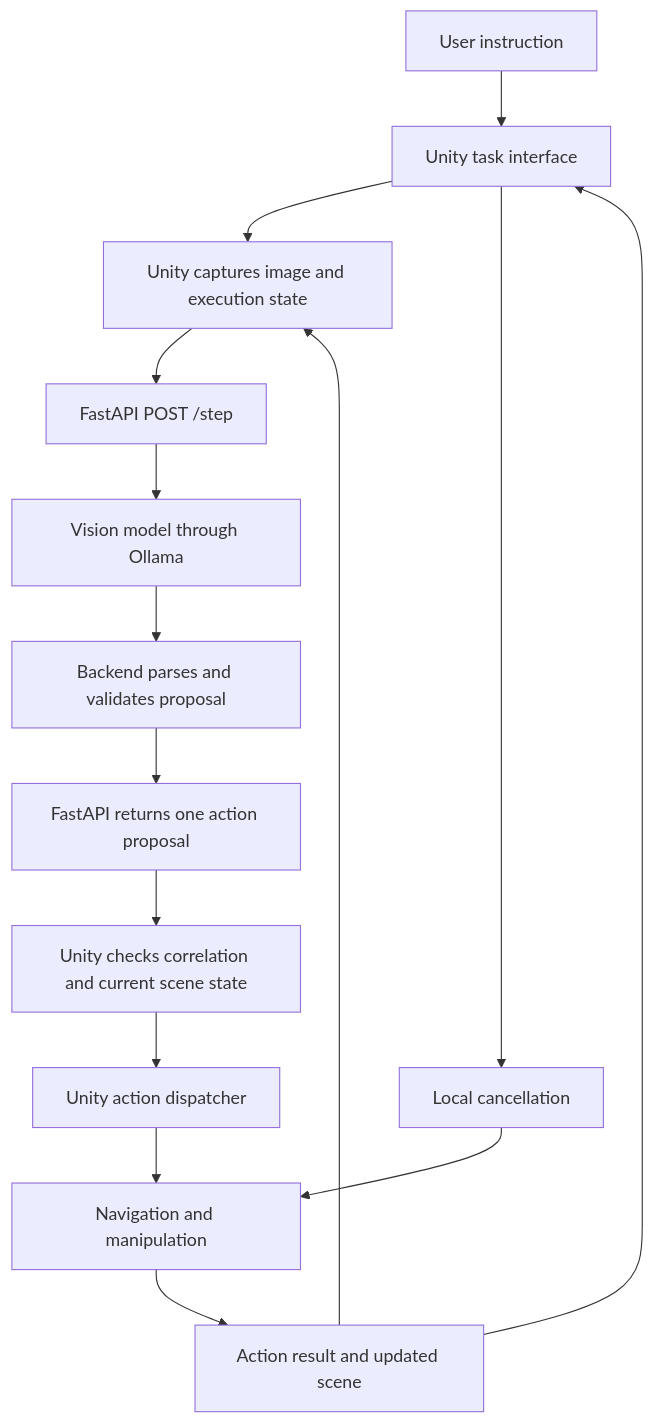
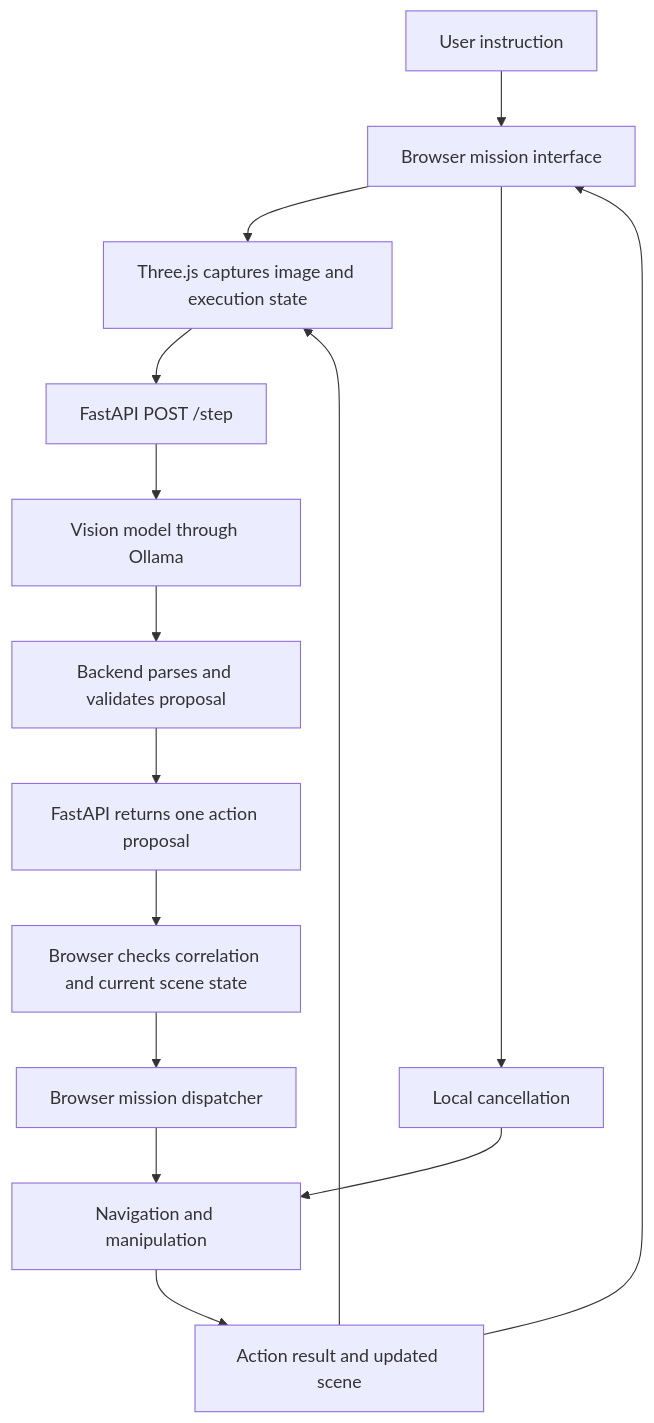
The diagram in PLAN.md (rituparnoc-web/da232o-assignment-2), drawn with Mermaid before and after one commit. The commit also changed other lines of this file and 18 other files, not shown here.

First line of the commit message:
Implement browser-based Three.js VLM habitat

````diff
--- a/PLAN.md
+++ b/PLAN.md
@@ -73,17 +74,17 @@
 ```mermaid
 flowchart TD
-    User[User instruction] --> UI[Unity task interface]
-    UI --> Capture[Unity captures image and execution state]
+  User[User instruction] --> UI[Browser mission interface]
+  UI --> Capture[Three.js captures image and execution state]
     Capture --> API[FastAPI POST /step]
     API --> Model[Vision model through Ollama]
     Model --> Validator[Backend parses and validates proposal]
     Validator --> Response[FastAPI returns one action proposal]
-    Response --> UnityCheck[Unity checks correlation and current scene state]
-    UnityCheck --> Dispatcher[Unity action dispatcher]
+    Response --> SceneCheck[Browser checks correlation and current scene state]
+    SceneCheck --> Dispatcher[Browser mission dispatcher]
     Dispatcher --> Controller[Navigation and manipulation]
     Controller --> Result[Action result and updated scene]
     Result --> UI
     Result --> Capture
     UI --> Cancel[Local cancellation]
     Cancel --> Controller
 ```
````
